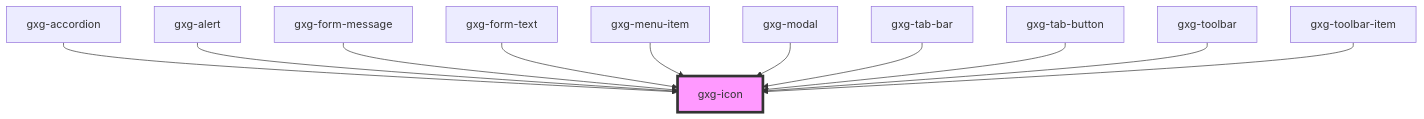
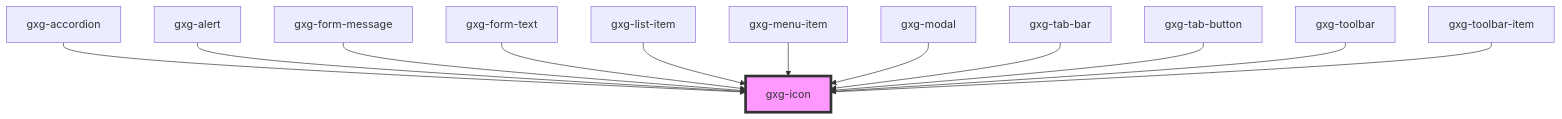
Before and after one commit to genexuslabs/gemini: the diagram in src/components/icon/readme.md, drawn with Mermaid. The commit also changed other lines of this file and 3 other files, not shown here.

````diff
--- a/src/components/icon/readme.md
+++ b/src/components/icon/readme.md
@@ -39,14 +40,15 @@
 ```mermaid
 graph TD;
   gxg-accordion --> gxg-icon
   gxg-alert --> gxg-icon
   gxg-form-message --> gxg-icon
   gxg-form-text --> gxg-icon
+  gxg-list-item --> gxg-icon
   gxg-menu-item --> gxg-icon
   gxg-modal --> gxg-icon
   gxg-tab-bar --> gxg-icon
   gxg-tab-button --> gxg-icon
   gxg-toolbar --> gxg-icon
   gxg-toolbar-item --> gxg-icon
   style gxg-icon fill:#f9f,stroke:#333,stroke-width:4px
 ```
````
